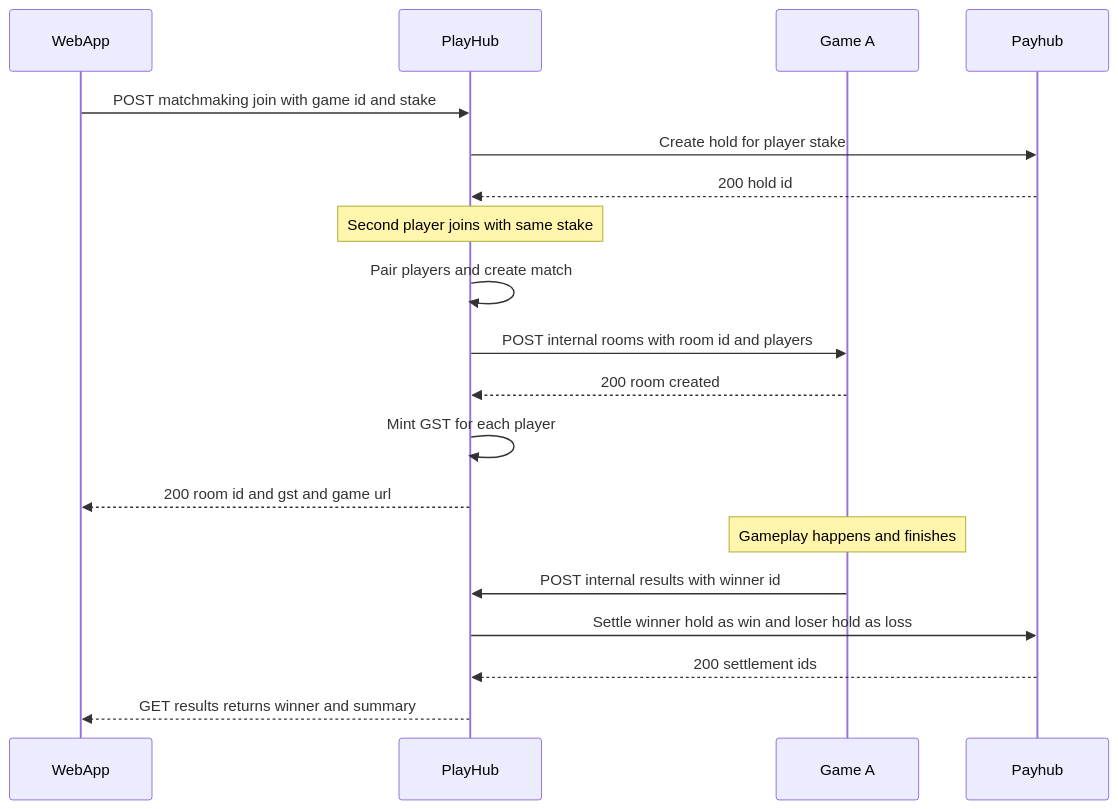
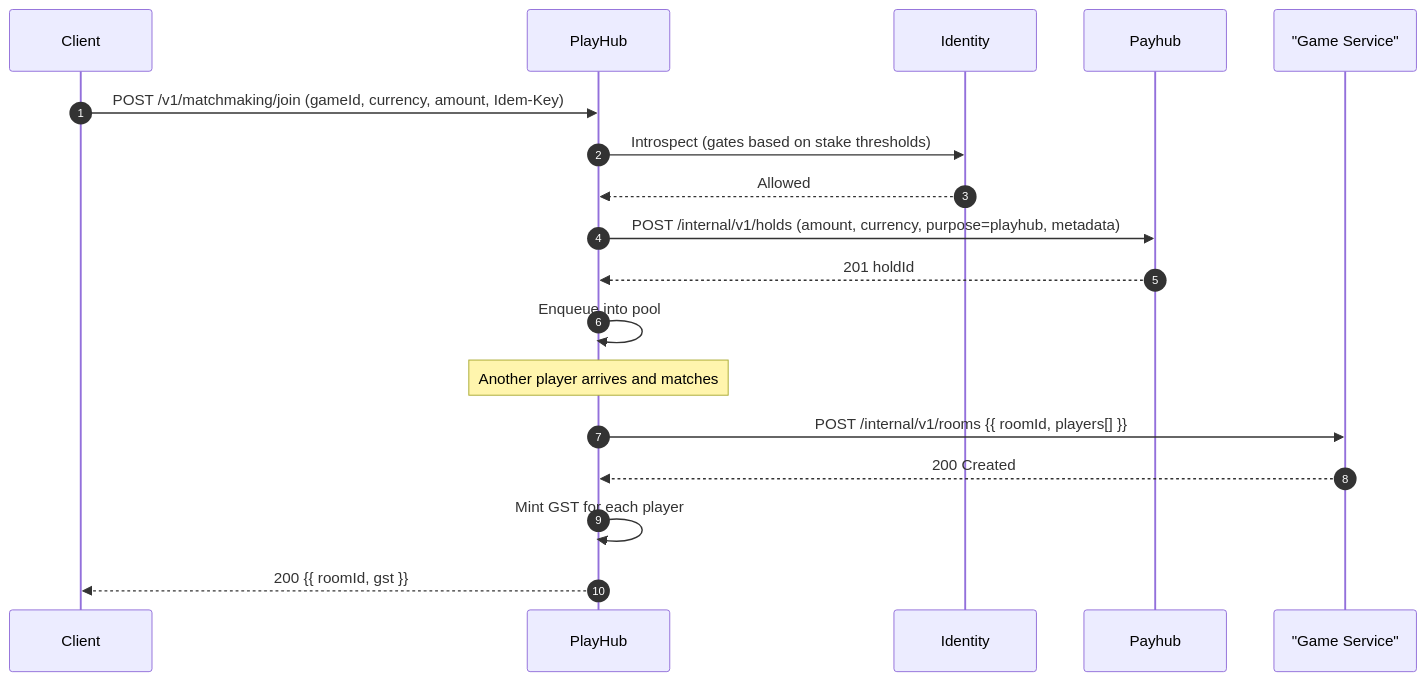
Before and after one commit to fuzeac/fuze-telegram-mini-app: the second of 4 diagrams in miniapp-playhub-service.md, drawn with Mermaid. The commit also changed other lines of this file, not shown here.

````diff
--- a/miniapp-playhub-service.md
+++ b/miniapp-playhub-service.md
@@ -95,21 +98,21 @@
 ```mermaid
 sequenceDiagram
-participant UI as WebApp
-participant PH as PlayHub
-participant GA as Game A
-participant PAY as Payhub
-UI->>PH: POST matchmaking join with game id and stake
-PH->>PAY: Create hold for player stake
-PAY-->>PH: 200 hold id
-Note over PH: Second player joins with same stake
-PH->>PH: Pair players and create match
-PH->>GA: POST internal rooms with room id and players
-GA-->>PH: 200 room created
-PH->>PH: Mint GST for each player
-PH-->>UI: 200 room id and gst and game url
-Note over GA: Gameplay happens and finishes
-GA->>PH: POST internal results with winner id
-PH->>PAY: Settle winner hold as win and loser hold as loss
-PAY-->>PH: 200 settlement ids
-PH-->>UI: GET results returns winner and summary
+  autonumber
+  participant UI as Client
+  participant PH as PlayHub
+  participant ID as Identity
+  participant PY as Payhub
+  participant GM as "Game Service"
+
+  UI->>PH: POST /v1/matchmaking/join (gameId, currency, amount, Idem-Key)
+  PH->>ID: Introspect (gates based on stake thresholds)
+  ID-->>PH: Allowed
+  PH->>PY: POST /internal/v1/holds (amount, currency, purpose=playhub, metadata)
+  PY-->>PH: 201 holdId
+  PH->>PH: Enqueue into pool
+  Note over PH: Another player arrives and matches
+  PH->>GM: POST /internal/v1/rooms {{ roomId, players[] }}
+  GM-->>PH: 200 Created
+  PH->>PH: Mint GST for each player
+  PH-->>UI: 200 {{ roomId, gst }}
 ```
````
